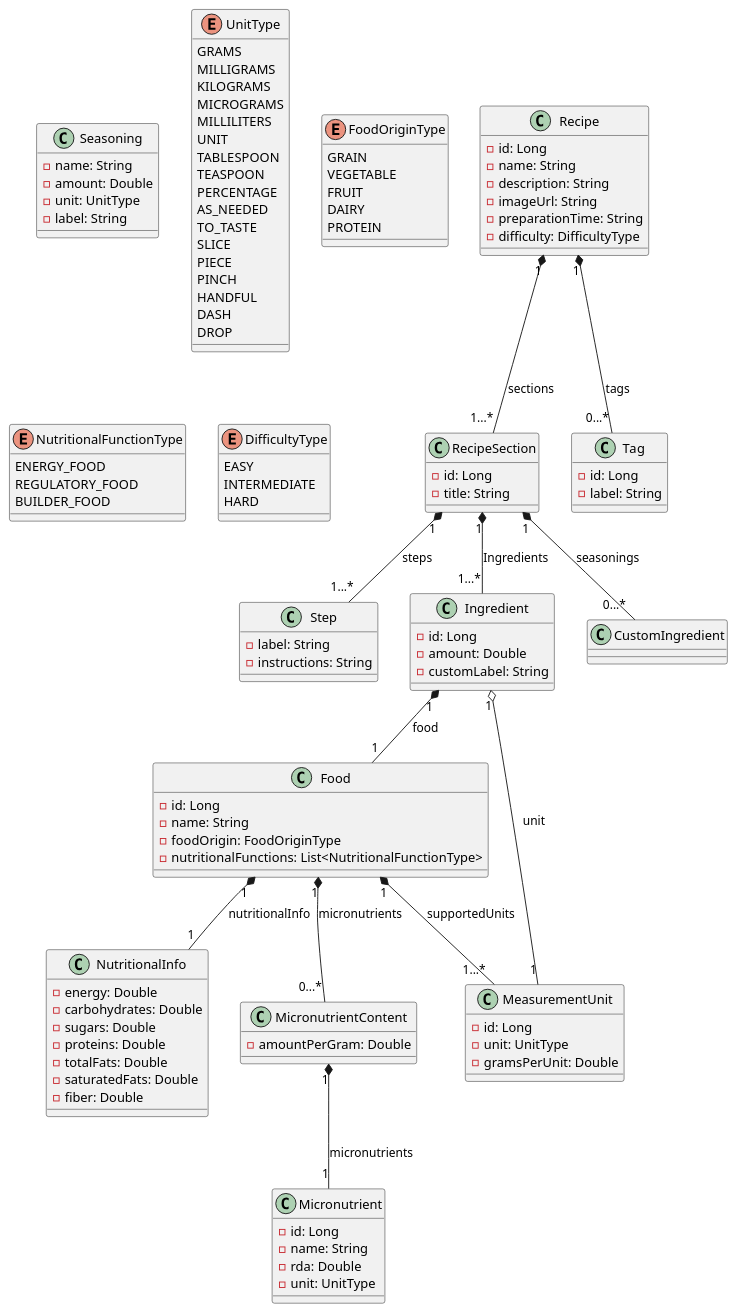
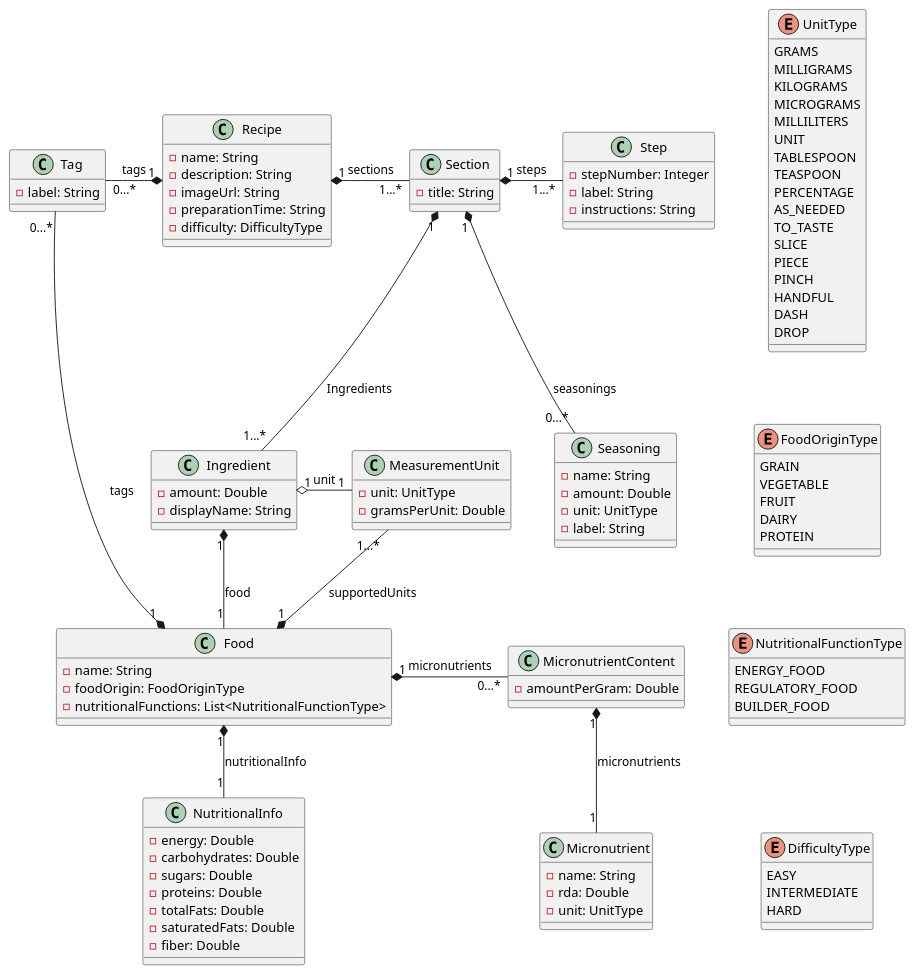
One commit to RodriLang/calorie-calculator changed the diagram in UML/conceptualDiagram.puml. Above: the diagram before and after it, drawn with PlantUML. The commit also changed 62 other files, not shown here.

```diff
--- a/UML/conceptualDiagram.puml
+++ b/UML/conceptualDiagram.puml
@@ -1,126 +1,137 @@
 @startuml
 
 class Recipe {
-    - id: Long
     - name: String
     - description: String
     - imageUrl: String
     - preparationTime: String
     - difficulty: DifficultyType
 }
-Recipe "1" *-- "1...*" RecipeSection : sections
-Recipe "1" *-- "0...*" Tag : tags
 
 class Tag {
-    - id: Long
     - label: String
 }
 
-class RecipeSection {
-    - id: Long
+class Section {
     - title: String
 }
-RecipeSection "1" *-- "1...*" Step : steps
-RecipeSection "1" *-- "1...*" Ingredient : Ingredients
-RecipeSection "1" *-- "0...*" CustomIngredient : seasonings
 
 class Step {
+    - stepNumber: Integer
     - label: String
     - instructions: String
 }
 
 class Ingredient {
-    - id: Long
     - amount: Double
-    - customLabel: String
+    - displayName: String
 }
-Ingredient "1" *-- "1" Food : food
-Ingredient "1" o-- "1" MeasurementUnit : unit
 
 class Seasoning {
     - name: String
     - amount: Double
     - unit: UnitType
     - label: String
 }
 
 class Food {
-    - id: Long
     - name: String
     - foodOrigin: FoodOriginType
     - nutritionalFunctions: List<NutritionalFunctionType>
 }
-Food "1" *-- "1" NutritionalInfo : nutritionalInfo
-Food "1" *-- "1...*" MeasurementUnit : supportedUnits
-Food "1" *-- "0...*" MicronutrientContent : micronutrients
 
 class NutritionalInfo {
     - energy: Double
     - carbohydrates: Double
     - sugars: Double
     - proteins: Double
     - totalFats: Double
     - saturatedFats: Double
     - fiber: Double
 }
 
 class MicronutrientContent {
     - amountPerGram: Double
 }
-MicronutrientContent "1" *-- "1" Micronutrient : micronutrients
 
 class Micronutrient {
-    - id: Long
     - name: String
     - rda: Double
         ' recommendedDietaryAllowance
     - unit: UnitType
 }
 
 class MeasurementUnit {
-    - id: Long
     - unit: UnitType
     - gramsPerUnit: Double
 }
+
+
+
+Recipe "1" *-r- "1...*" Section : sections
+Recipe "1" *-l- "0...*" Tag : tags
+
+Section "1" *-r- "1...*" Step : steps
+Section "1" *-d- "1...*" Ingredient : Ingredients
+Section "1" *-r- "0...*" Seasoning : seasonings
+
+Ingredient "1" *-- "1" Food : food
+Ingredient "1" o-r- "1" MeasurementUnit : unit
+
+MicronutrientContent "1" *-- "1" Micronutrient : micronutrients
+
+Food "1" *-- "1" NutritionalInfo : nutritionalInfo
+Food "1" *-u- "1...*" MeasurementUnit : supportedUnits
+Food "1" *-r- "0...*" MicronutrientContent : micronutrients
+Food "1" *-l- "0...*" Tag : tags
+Step -[hidden]- Seasoning
+
+UnitType -[hidden]d- FoodOriginType
+FoodOriginType -[hidden]- NutritionalFunctionType
+NutritionalFunctionType -[hidden]- DifficultyType
+
+
+
+
 
 enum UnitType {
     GRAMS
     MILLIGRAMS
     KILOGRAMS
     MICROGRAMS
     MILLILITERS
     UNIT
     TABLESPOON
     TEASPOON
     PERCENTAGE
     AS_NEEDED
     TO_TASTE
     SLICE
     PIECE
     PINCH
     HANDFUL
     DASH
     DROP
 }
 
 enum FoodOriginType {
     GRAIN
     VEGETABLE
     FRUIT
     DAIRY
     PROTEIN
 }
 
 enum NutritionalFunctionType {
     ENERGY_FOOD
     REGULATORY_FOOD
     BUILDER_FOOD
 }
 
 enum DifficultyType {
     EASY
     INTERMEDIATE
     HARD
 }
 
 @enduml
```
